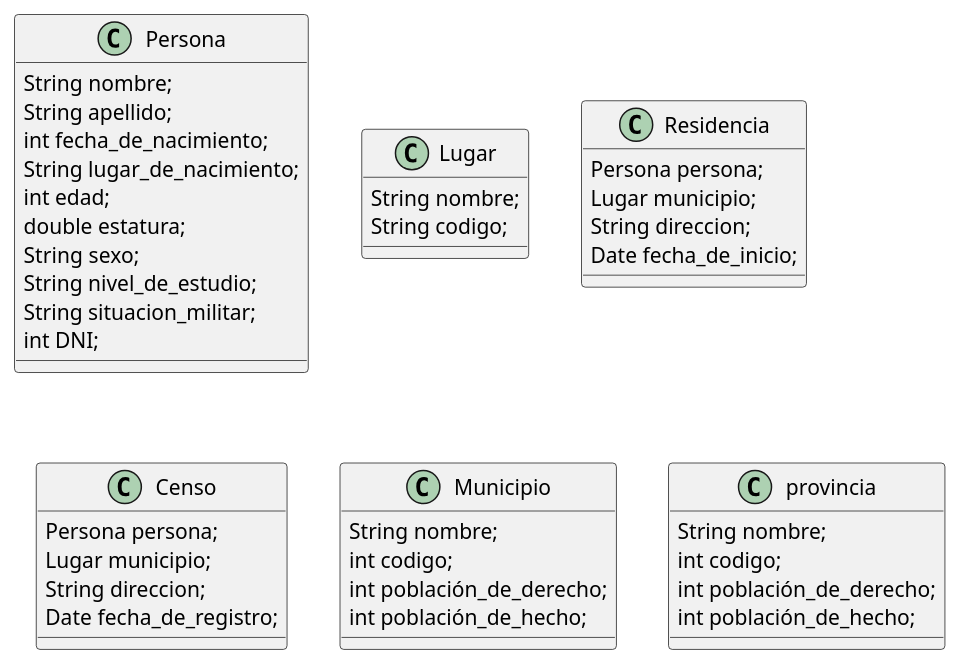
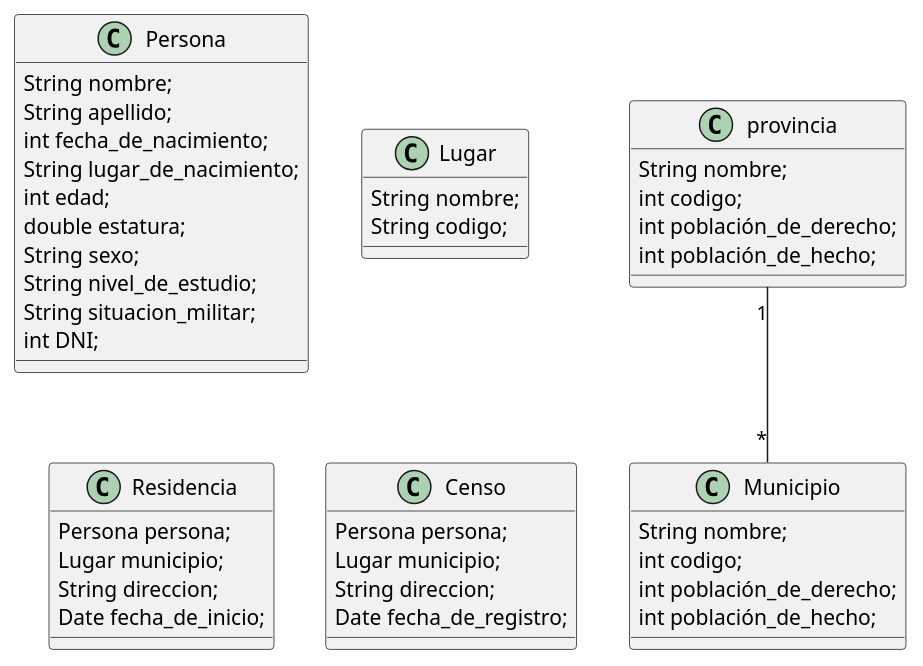
The diagram in Ejercicio 9/src/Diagrama/Clases.puml (jeremywey/Ejercicio-9), drawn with PlantUML before and after one commit. The commit also changed 11 other files, not shown here.

```diff
--- a/Ejercicio 9/src/Diagrama/Clases.puml
+++ b/Ejercicio 9/src/Diagrama/Clases.puml
@@ -1,49 +1,50 @@
 @startuml
 
 class Persona{
 String nombre;
 String apellido;
 int fecha_de_nacimiento;
 String lugar_de_nacimiento;
 int edad;
 double estatura;
 String sexo;
 String nivel_de_estudio;
 String situacion_militar;
 int DNI;
 }
 
 class Lugar{
 String nombre;
 String codigo;
 }
 class Residencia{
 Persona persona;
 Lugar municipio;
 String direccion;
 Date fecha_de_inicio;
 }
 
 class Censo{
 Persona persona;
 Lugar municipio;
 String direccion;
 Date fecha_de_registro;
 }
 
 class Municipio{
 String nombre;
 int codigo;
 int población_de_derecho;
 int población_de_hecho;
 }
 
 class provincia{
 String nombre;
 int codigo;
 int población_de_derecho;
 int población_de_hecho;
+
 }
-
+provincia "1" -- "*" Municipio 
 
 @enduml
```
